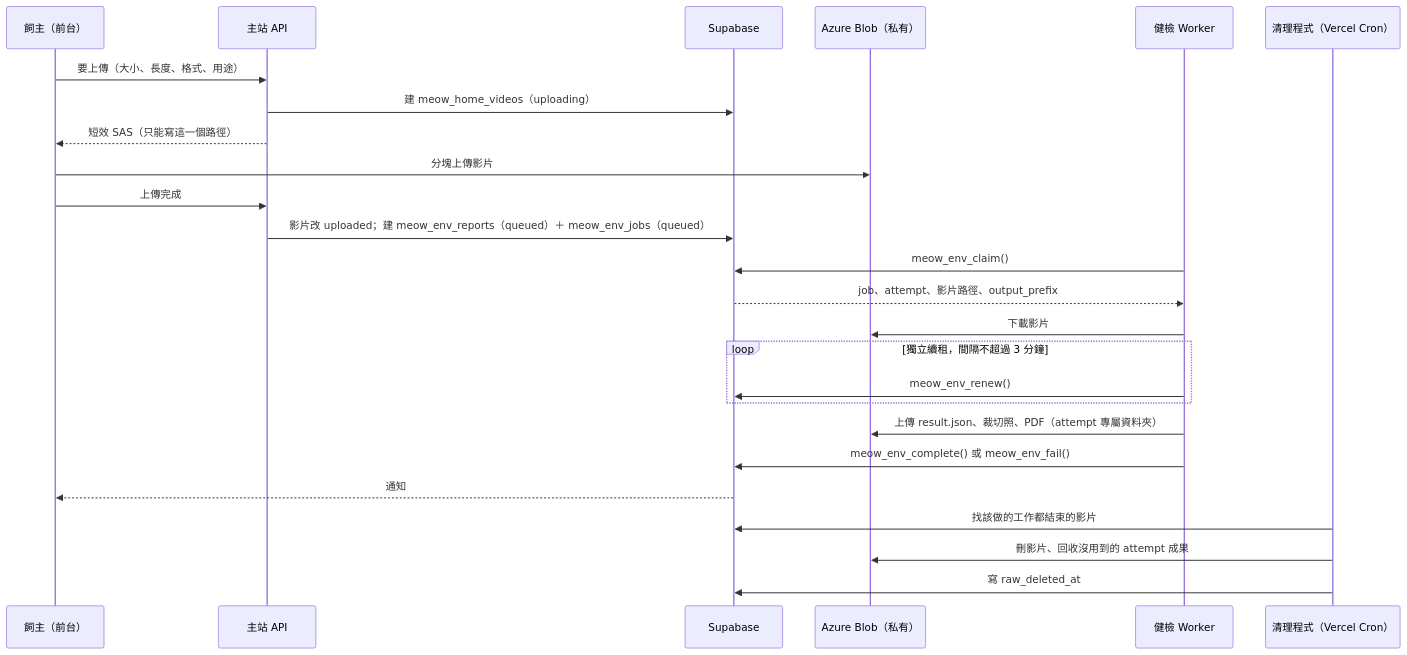
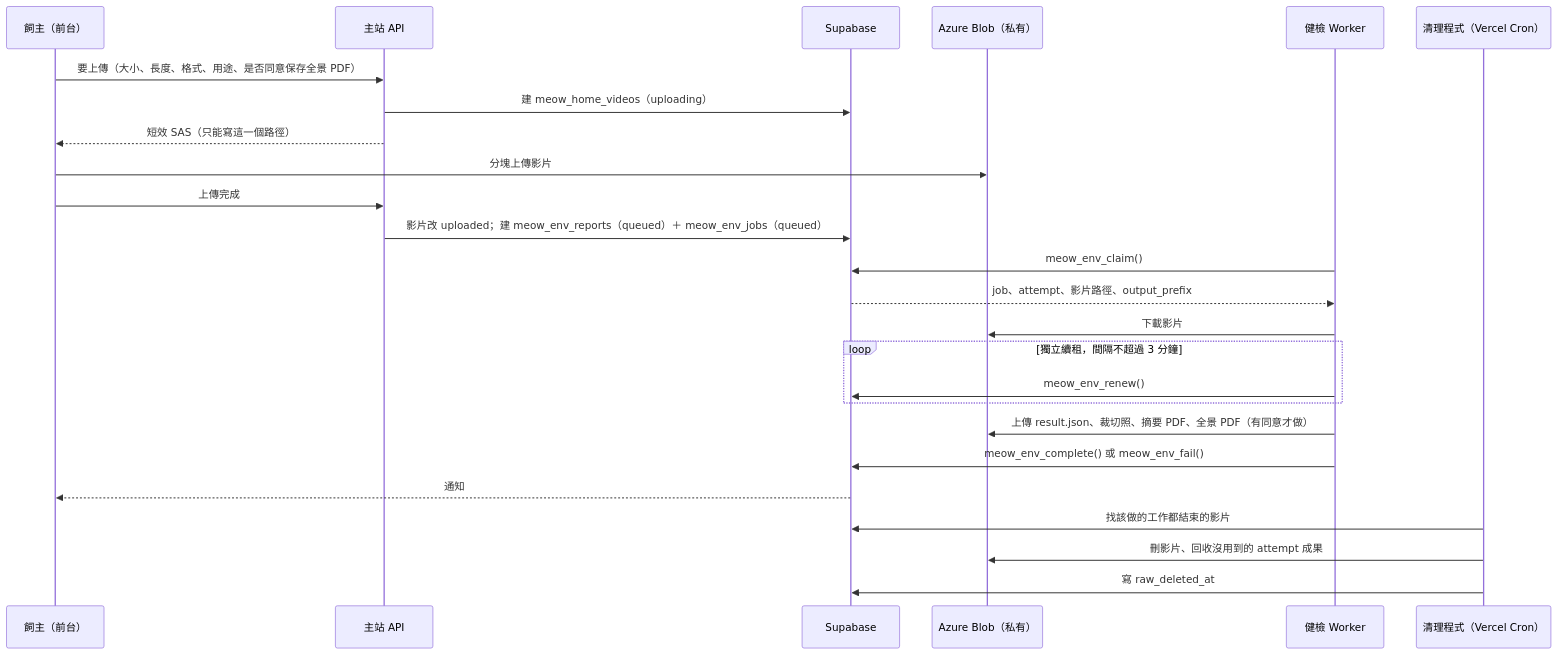
One commit to GAE265-Meowho/Meowho changed the diagram in docs/spec/10_居家環境健檢Worker契約.md. Above: the diagram before and after it, drawn with Mermaid. The commit also changed other lines of this file and 3 other files, not shown here.

````diff
--- a/docs/spec/10_居家環境健檢Worker契約.md
+++ b/docs/spec/10_居家環境健檢Worker契約.md
@@ -16,28 +16,28 @@
 ```mermaid
 sequenceDiagram
   participant U as 飼主（前台）
   participant A as 主站 API
   participant DB as Supabase
   participant B as Azure Blob（私有）
   participant W as 健檢 Worker
   participant C as 清理程式（Vercel Cron）
 
-  U->>A: 要上傳（大小、長度、格式、用途）
+  U->>A: 要上傳（大小、長度、格式、用途、是否同意保存全景 PDF）
   A->>DB: 建 meow_home_videos（uploading）
   A-->>U: 短效 SAS（只能寫這一個路徑）
   U->>B: 分塊上傳影片
   U->>A: 上傳完成
   A->>DB: 影片改 uploaded；建 meow_env_reports（queued）＋ meow_env_jobs（queued）
   W->>DB: meow_env_claim()
   DB-->>W: job、attempt、影片路徑、output_prefix
   W->>B: 下載影片
   loop 獨立續租，間隔不超過 3 分鐘
     W->>DB: meow_env_renew()
   end
-  W->>B: 上傳 result.json、裁切照、PDF（attempt 專屬資料夾）
+  W->>B: 上傳 result.json、裁切照、摘要 PDF、全景 PDF（有同意才做）
   W->>DB: meow_env_complete() 或 meow_env_fail()
   DB-->>U: 通知
   C->>DB: 找該做的工作都結束的影片
   C->>B: 刪影片、回收沒用到的 attempt 成果
   C->>DB: 寫 raw_deleted_at
 ```
````
